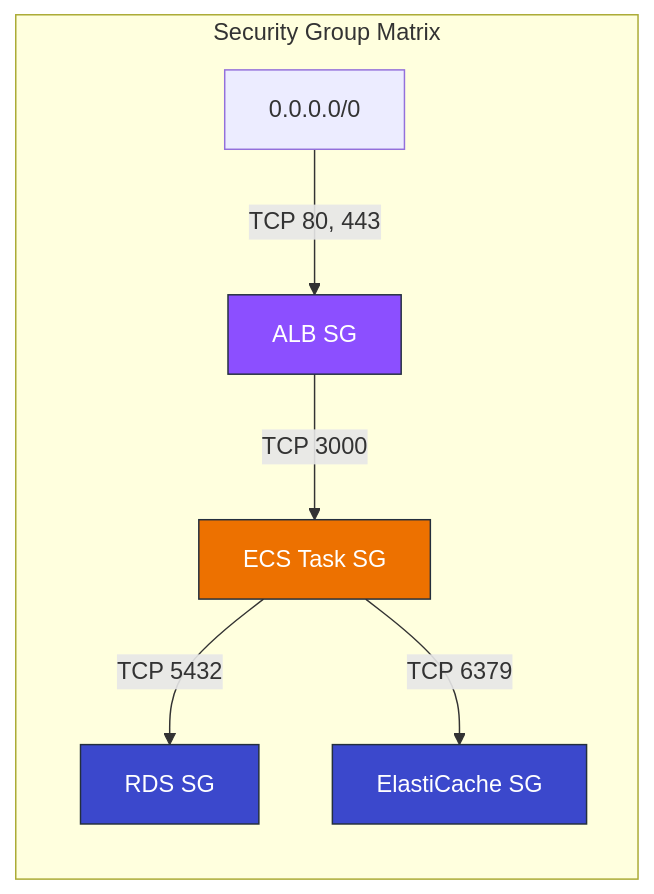
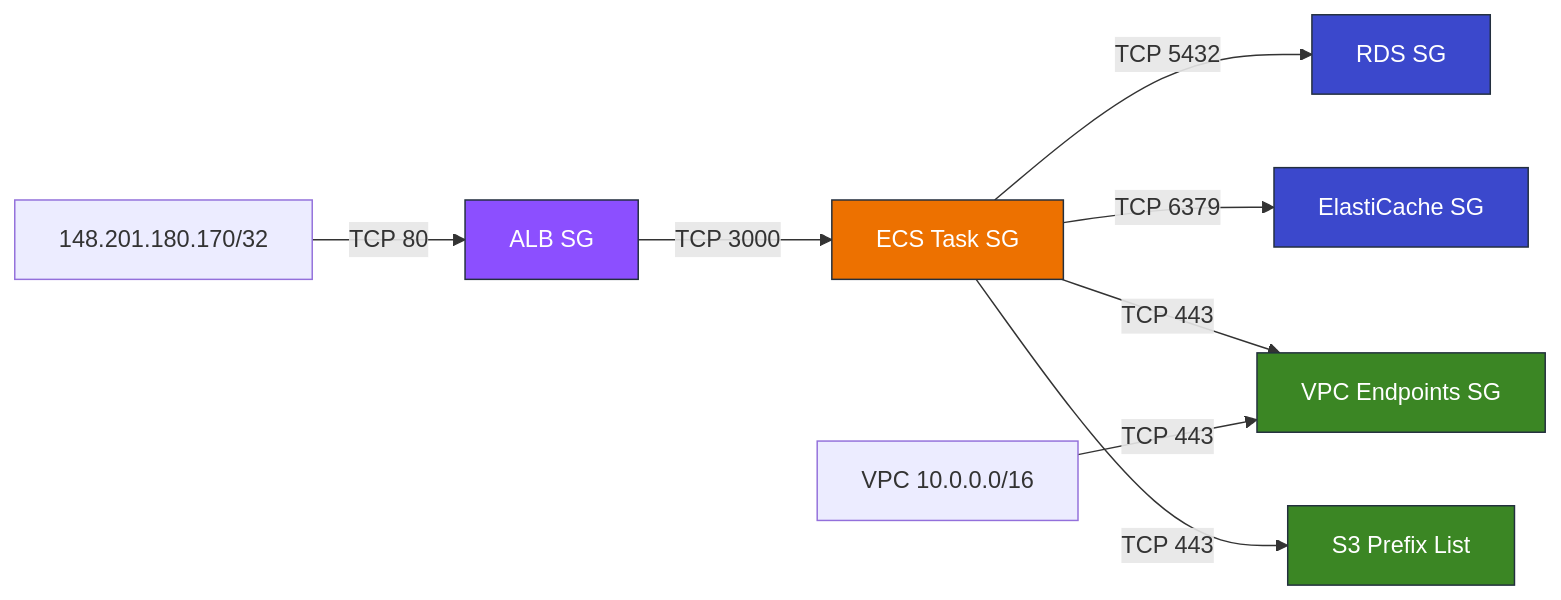
The second of 2 diagrams in docs/ecs-fargate-architecture.md (Danieltlacuache/Hotel_Reservation_Proyect), drawn with Mermaid before and after one commit. The commit also changed other lines of this file and 46 other files, not shown here.

````diff
--- a/docs/ecs-fargate-architecture.md
+++ b/docs/ecs-fargate-architecture.md
@@ -80,14 +72,17 @@
 ```mermaid
 graph LR
-    subgraph SecurityGroups["Security Group Matrix"]
-        Internet2["0.0.0.0/0"] -->|"TCP 80, 443"| ALBSG["ALB SG"]
-        ALBSG -->|"TCP 3000"| ECSSG["ECS Task SG"]
-        ECSSG -->|"TCP 5432"| RDSSG["RDS SG"]
-        ECSSG -->|"TCP 6379"| ECSG["ElastiCache SG"]
-    end
+    YourIP["148.201.180.170/32"] -->|"TCP 80"| ALBSG["ALB SG"]
+    ALBSG -->|"TCP 3000"| ECSSG["ECS Task SG"]
+    ECSSG -->|"TCP 5432"| RDSSG["RDS SG"]
+    ECSSG -->|"TCP 6379"| ECSG["ElastiCache SG"]
+    ECSSG -->|"TCP 443"| VPCESG["VPC Endpoints SG"]
+    ECSSG -->|"TCP 443"| S3PL["S3 Prefix List"]
+    VPC_CIDR["VPC 10.0.0.0/16"] -->|"TCP 443"| VPCESG
 
     style ALBSG fill:#8C4FFF,stroke:#232F3E,color:white
     style ECSSG fill:#ED7100,stroke:#232F3E,color:white
     style RDSSG fill:#3B48CC,stroke:#232F3E,color:white
     style ECSG fill:#3B48CC,stroke:#232F3E,color:white
+    style VPCESG fill:#3B8624,stroke:#232F3E,color:white
+    style S3PL fill:#3B8624,stroke:#232F3E,color:white
 ```
````
